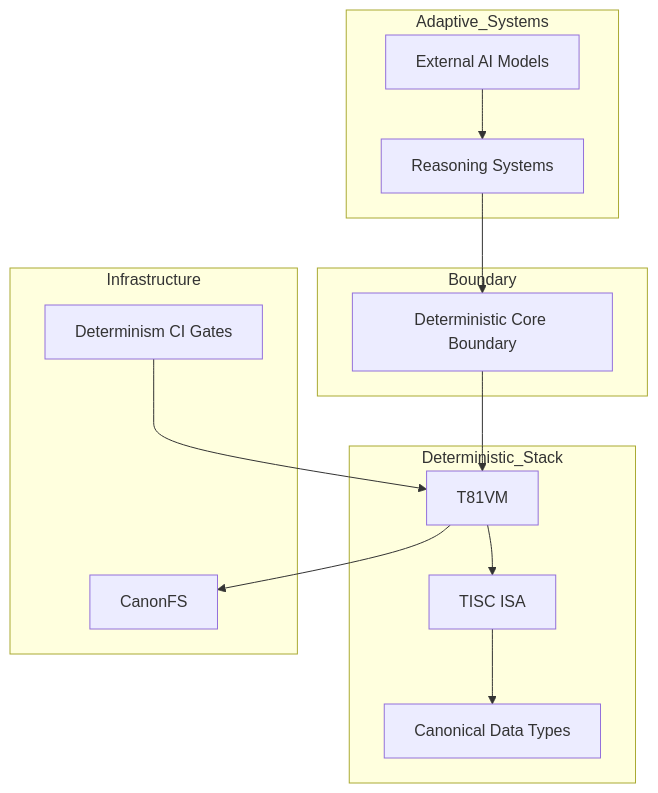
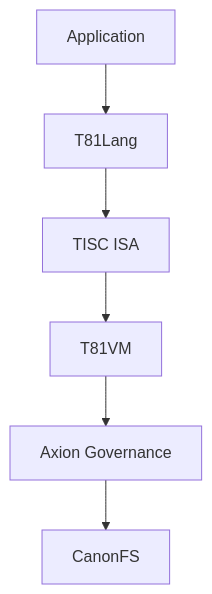
Before and after one commit to t81dev/t81-foundation: the diagram in README.md, drawn with Mermaid. The commit also changed other lines of this file, not shown here.

````diff
--- a/README.md
+++ b/README.md
@@ -117,31 +41,8 @@
 ```mermaid
-flowchart TB
-
-subgraph Adaptive_Systems
-AI[External AI Models]
-Cognition[Reasoning Systems]
-end
-
-subgraph Boundary
-DCP[Deterministic Core Boundary]
-end
-
-subgraph Deterministic_Stack
-VM[T81VM]
-ISA[TISC ISA]
-Types[Canonical Data Types]
-end
-
-subgraph Infrastructure
-Build[Determinism CI Gates]
-Storage[CanonFS]
-end
-
-AI --> Cognition
-Cognition --> DCP
-DCP --> VM
-VM --> ISA
-ISA --> Types
-VM --> Storage
-Build --> VM
+graph TD
+    App[Application] --> Lang[T81Lang]
+    Lang --> ISA[TISC ISA]
+    ISA --> VM[T81VM]
+    VM --> Gov[Axion Governance]
+    Gov --> Storage[CanonFS]
 ```
````
